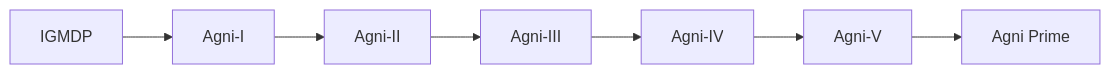
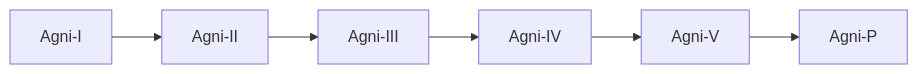
Before and after one commit to abhijitxroy/india: the second of 7 diagrams in 05-security/01-defence/strategic/strategic-missiles.md, drawn with Mermaid. The commit also changed other lines of this file and 12 other files, not shown here.

````diff
--- a/05-security/01-defence/strategic/strategic-missiles.md
+++ b/05-security/01-defence/strategic/strategic-missiles.md
@@ -37,17 +245,15 @@
 ```mermaid
 flowchart LR
-    IGMDP[IGMDP]
     AgniI[Agni-I]
     AgniII[Agni-II]
     AgniIII[Agni-III]
     AgniIV[Agni-IV]
     AgniV[Agni-V]
-    AgniP[Agni Prime]
+    AgniP[Agni-P]
 
-    IGMDP --> AgniI
     AgniI --> AgniII
     AgniII --> AgniIII
     AgniIII --> AgniIV
     AgniIV --> AgniV
     AgniV --> AgniP
 ```
````
